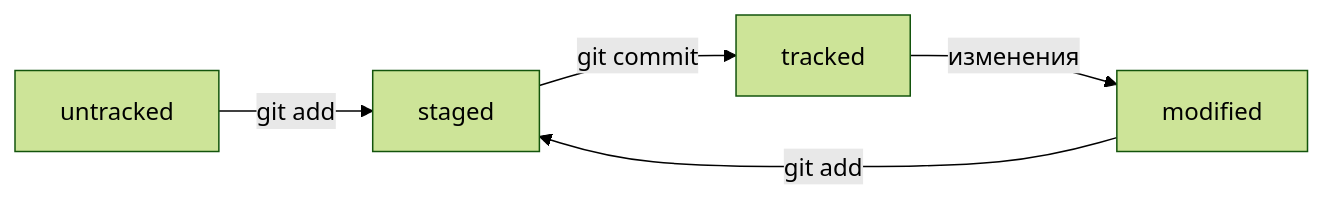
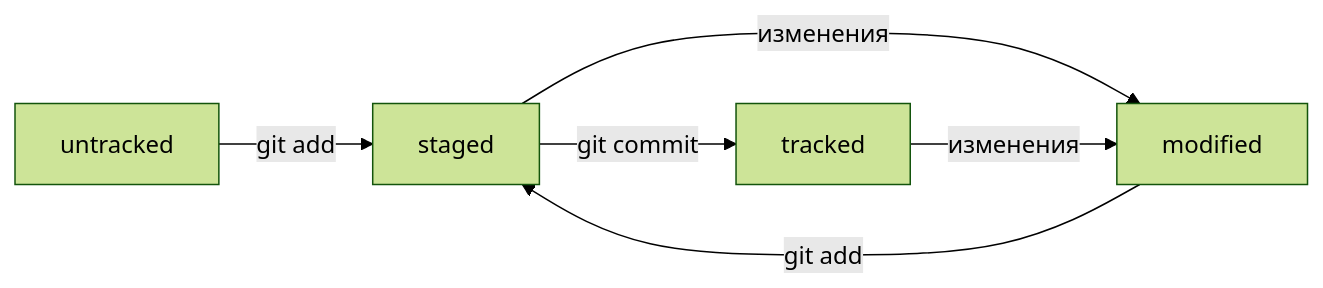
The diagram in README.md (Karina23twins/git-hints), drawn with Mermaid (forest theme) before and after one commit. The commit also changed other lines of this file, not shown here.

Commit message:
Заканчиваю работу со схемой

````diff
--- a/README.md
+++ b/README.md
@@ -43,7 +43,8 @@
 ```mermaid  
 graph LR;  
 untracked -- "git add" --> staged;  
 staged -- "git commit" --> tracked;  
+staged -- "изменения" --> modified;  
 tracked -- "изменения" --> modified;  
 modified -- "git add" --> staged;  
 ```  
````
